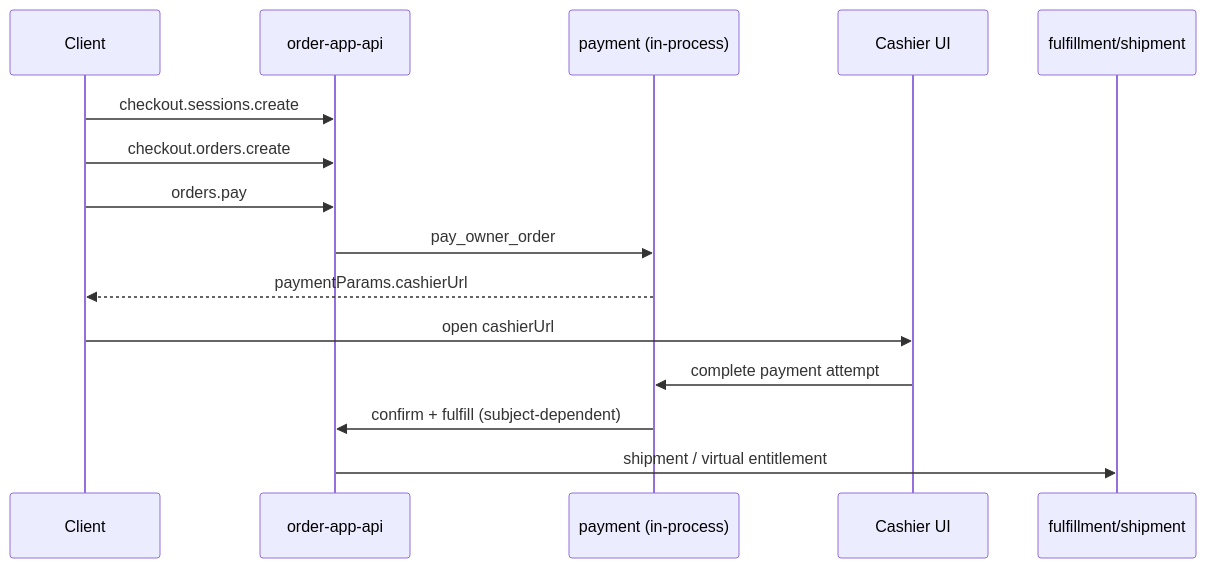
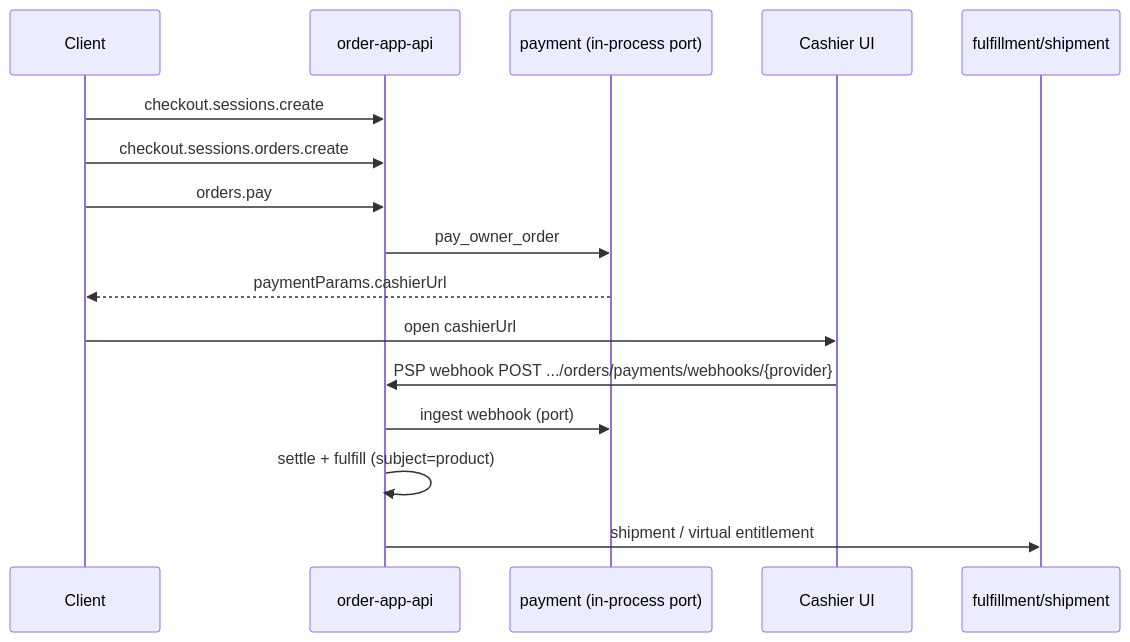
One commit to Sdkwork-Cloud/sdkwork-order changed the first of 3 diagrams in docs/architecture/commerce/COMMERCE_CHECKOUT_ARCHITECTURE.md. Above: the diagram before and after it, drawn with Mermaid. The commit also changed other lines of this file and 35 other files, not shown here.

````diff
--- a/docs/architecture/commerce/COMMERCE_CHECKOUT_ARCHITECTURE.md
+++ b/docs/architecture/commerce/COMMERCE_CHECKOUT_ARCHITECTURE.md
@@ -21,18 +21,19 @@
 ```mermaid
 sequenceDiagram
     participant Client
     participant Order as order-app-api
-    participant Payment as payment (in-process)
+    participant Payment as payment (in-process port)
     participant Cashier as Cashier UI
     participant Fulfill as fulfillment/shipment
 
     Client->>Order: checkout.sessions.create
-    Client->>Order: checkout.orders.create
+    Client->>Order: checkout.sessions.orders.create
     Client->>Order: orders.pay
     Order->>Payment: pay_owner_order
     Payment-->>Client: paymentParams.cashierUrl
     Client->>Cashier: open cashierUrl
-    Cashier->>Payment: complete payment attempt
-    Payment->>Order: confirm + fulfill (subject-dependent)
+    Cashier->>Order: PSP webhook POST .../orders/payments/webhooks/{provider}
+    Order->>Payment: ingest webhook (port)
+    Order->>Order: settle + fulfill (subject=product)
     Order->>Fulfill: shipment / virtual entitlement
 ```
````
